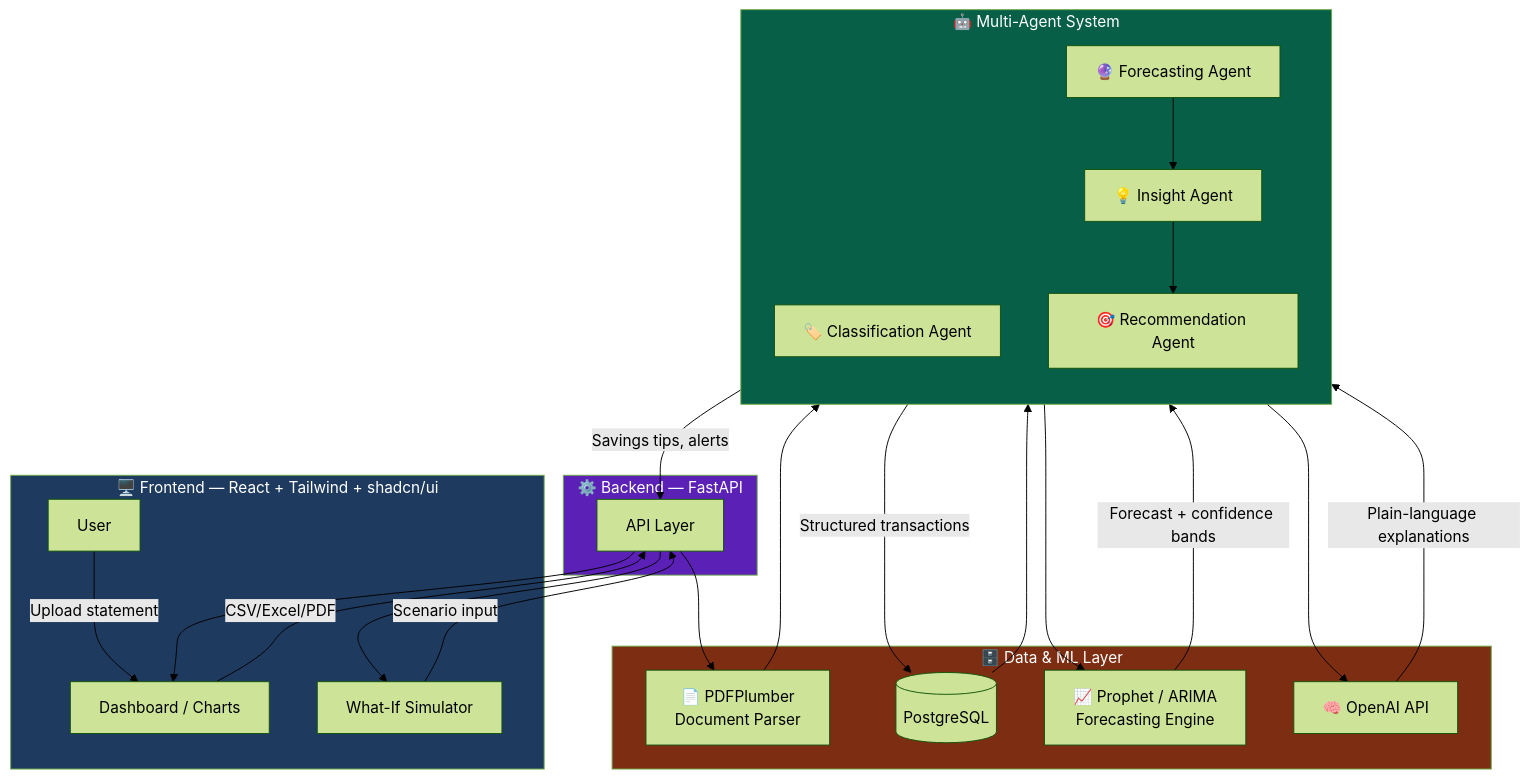
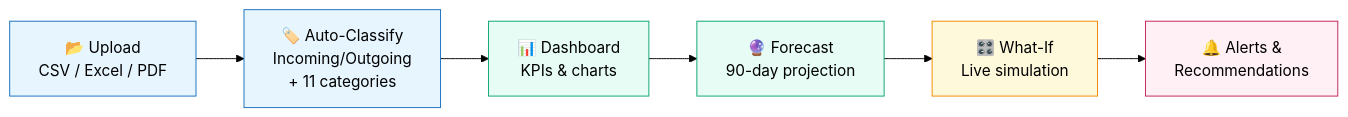
One commit to ShraddhaD-07/project changed the third of 5 diagrams in README.md. Above: the diagram before and after it, drawn with Mermaid (forest theme). The commit also changed other lines of this file, not shown here.

````diff
--- a/README.md
+++ b/README.md
@@ -169,49 +108,15 @@
 ```mermaid
-flowchart TB
-    subgraph Client["🖥️ Frontend — React + Tailwind + shadcn/ui"]
-        U[User]
-        DASH["Dashboard / Charts"]
-        WHATIF["What-If Simulator"]
-    end
+flowchart LR
+    A["📂 Upload<br/>CSV / Excel / PDF"] --> B["🏷️ Auto-Classify<br/>Incoming/Outgoing<br/>+ 11 categories"]
+    B --> C["📊 Dashboard<br/>KPIs & charts"]
+    C --> D["🔮 Forecast<br/>90-day projection"]
+    D --> E["🎛️ What-If<br/>Live simulation"]
+    E --> F["🔔 Alerts &<br/>Recommendations"]
 
-    subgraph API["⚙️ Backend — FastAPI"]
-        ROUTER["API Layer"]
-    end
-
-    subgraph Agents["🤖 Multi-Agent System"]
-        direction TB
-        A1["🏷️ Classification Agent"]
-        A2["🔮 Forecasting Agent"]
-        A3["💡 Insight Agent"]
-        A4["🎯 Recommendation Agent"]
-    end
-
-    subgraph Data["🗄️ Data & ML Layer"]
-        PARSE["📄 PDFPlumber<br/>Document Parser"]
-        DB[("PostgreSQL")]
-        PROPHET["📈 Prophet / ARIMA<br/>Forecasting Engine"]
-        OPENAI["🧠 OpenAI API"]
-    end
-
-    U -->|Upload statement| DASH
-    DASH -->|CSV/Excel/PDF| ROUTER
-    ROUTER --> PARSE
-    PARSE --> A1
-    A1 -->|Structured transactions| DB
-    DB --> A2
-    A2 --> PROPHET
-    PROPHET -->|Forecast + confidence bands| A2
-    A2 --> A3
-    A3 --> OPENAI
-    OPENAI -->|Plain-language explanations| A3
-    A3 --> A4
-    A4 -->|Savings tips, alerts| ROUTER
-    ROUTER --> DASH
-    ROUTER --> WHATIF
-    WHATIF -->|Scenario input| ROUTER
-
-    style Client fill:#1e3a5f,color:#fff
-    style API fill:#5b21b6,color:#fff
-    style Agents fill:#065f46,color:#fff
-    style Data fill:#7c2d12,color:#fff
+    style A fill:#e7f5ff,stroke:#1971c2,color:#000
+    style B fill:#e7f5ff,stroke:#1971c2,color:#000
+    style C fill:#e6fcf5,stroke:#0ca678,color:#000
+    style D fill:#e6fcf5,stroke:#0ca678,color:#000
+    style E fill:#fff9db,stroke:#f08c00,color:#000
+    style F fill:#fff0f6,stroke:#c2255c,color:#000
 ```
````
